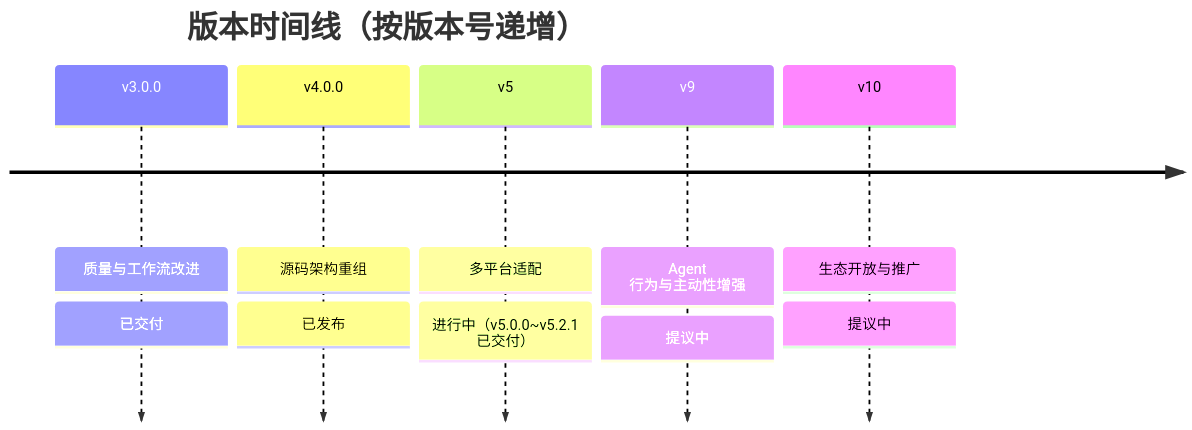
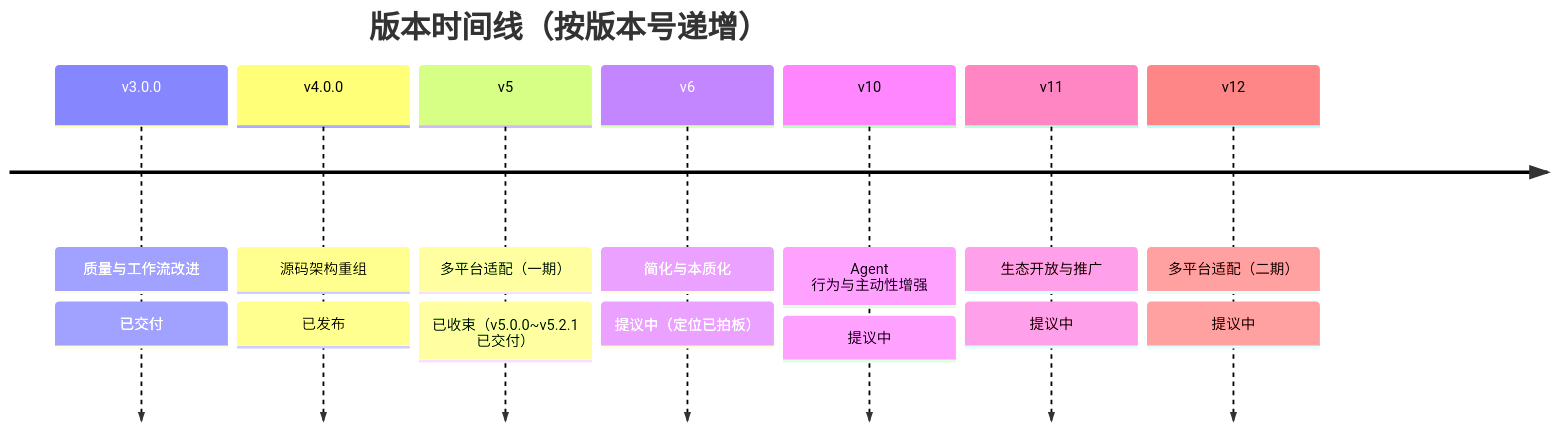
One commit to THZSummer/sddu changed the second of 8 diagrams in .sddu/ROADMAP.md. Above: the diagram before and after it, drawn with Mermaid. The commit also changed other lines of this file, not shown here.

First line of the commit message:
docs(roadmap): 新增 v6「简化与本质化」大版本（PR-017/P-042）+ v5.3.0 移出单列 v12「多平台适配（二期）」

````diff
--- a/.sddu/ROADMAP.md
+++ b/.sddu/ROADMAP.md
@@ -36,9 +36,11 @@
 ```mermaid
 timeline
     title 版本时间线（按版本号递增）
     v3.0.0 : 质量与工作流改进 : 已交付
     v4.0.0 : 源码架构重组 : 已发布
-    v5 : 多平台适配 : 进行中（v5.0.0~v5.2.1 已交付）
-    v9 : Agent 行为与主动性增强 : 提议中
-    v10 : 生态开放与推广 : 提议中
+    v5 : 多平台适配（一期） : 已收束（v5.0.0~v5.2.1 已交付）
+    v6 : 简化与本质化 : 提议中（定位已拍板）
+    v10 : Agent 行为与主动性增强 : 提议中
+    v11 : 生态开放与推广 : 提议中
+    v12 : 多平台适配（二期） : 提议中
 ```
````
